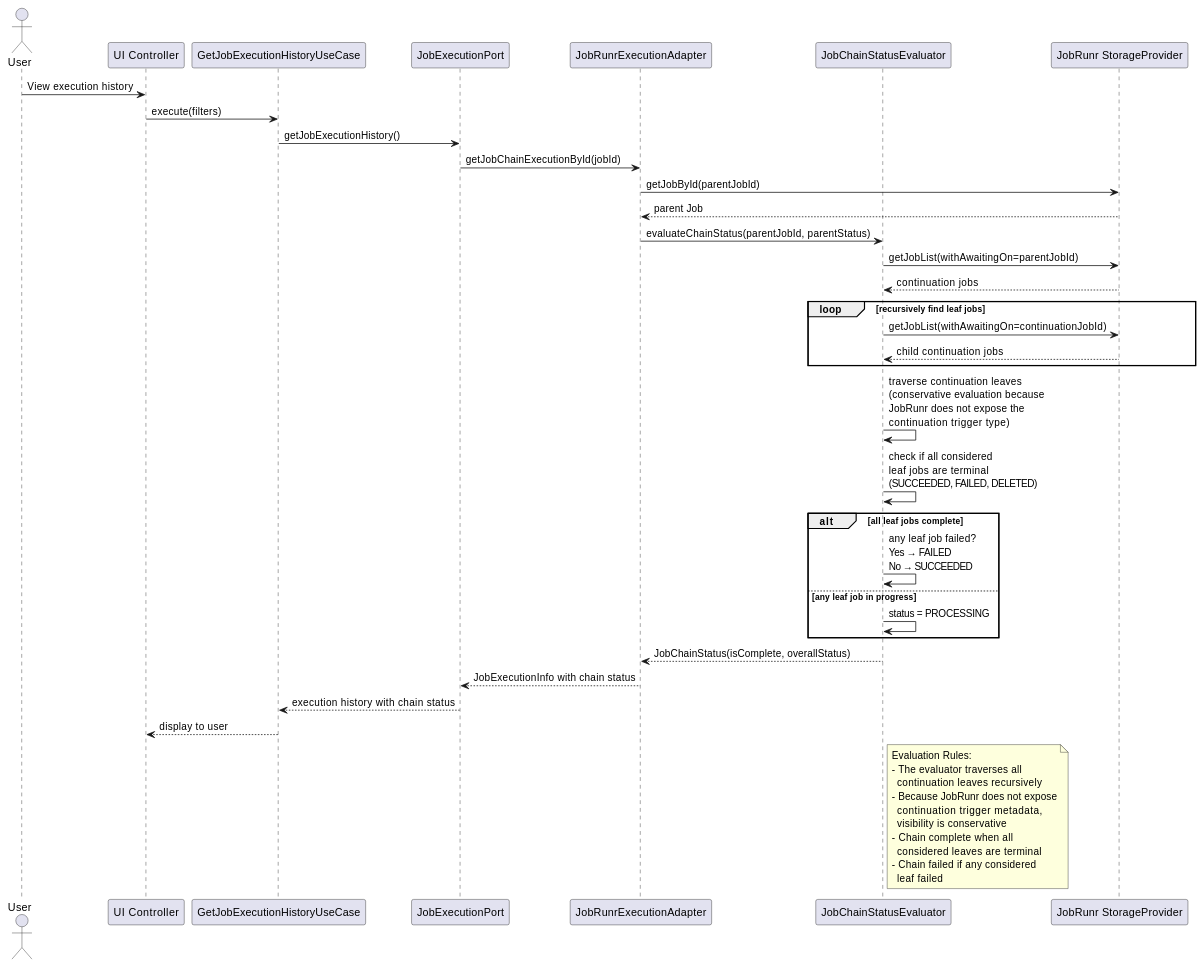
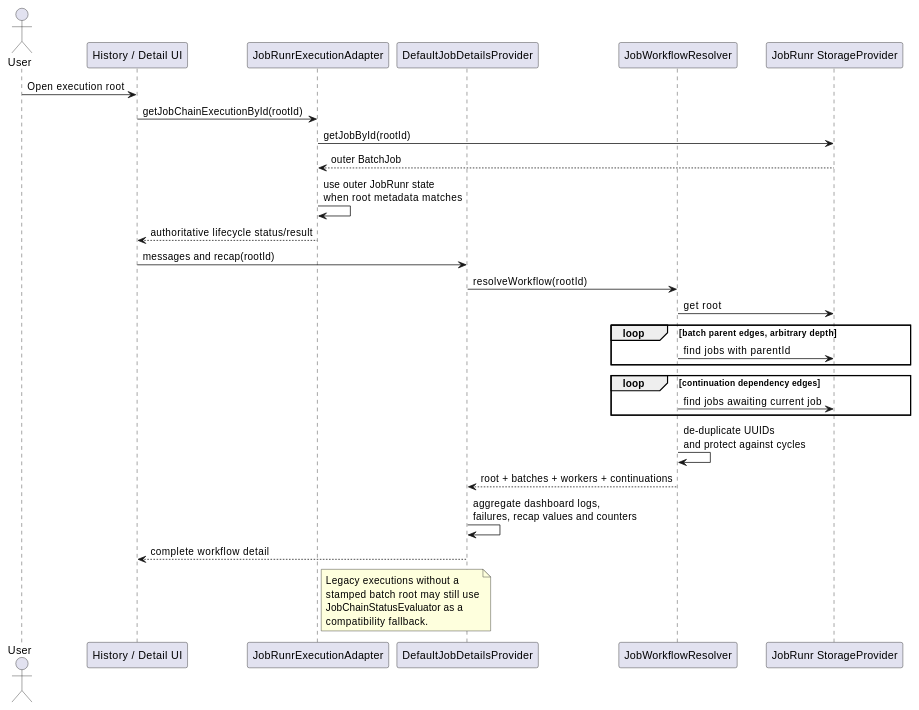
One commit to css-ch/jobrunr-control changed the seventh of 7 diagrams in docs/arc42.adoc. Above: the diagram before and after it, drawn with PlantUML. The commit also changed other lines of this file and 51 other files, not shown here.

```diff
--- a/docs/arc42.adoc
+++ b/docs/arc42.adoc
@@ -806,59 +862,39 @@
-[plantuml,job-chain-status,svg]
+[plantuml,batch-workflow-resolution,svg]
 ----
 @startuml
 actor User
-participant "UI Controller" as ui
-participant "GetJobExecutionHistoryUseCase" as usecase
-participant "JobExecutionPort" as port
-participant "JobRunrExecutionAdapter" as adapter
-participant "JobChainStatusEvaluator" as evaluator
+participant "History / Detail UI" as ui
+participant "JobRunrExecutionAdapter" as execution
+participant "DefaultJobDetailsProvider" as details
+participant "JobWorkflowResolver" as resolver
 participant "JobRunr StorageProvider" as storage
 
-User -> ui: View execution history
-ui -> usecase: execute(filters)
-usecase -> port: getJobExecutionHistory()
-port -> adapter: getJobChainExecutionById(jobId)
+User -> ui: Open execution root
+ui -> execution: getJobChainExecutionById(rootId)
+execution -> storage: getJobById(rootId)
+storage --> execution: outer BatchJob
+execution -> execution: use outer JobRunr state\nwhen root metadata matches
+execution --> ui: authoritative lifecycle status/result
 
-adapter -> storage: getJobById(parentJobId)
-storage --> adapter: parent Job
+ui -> details: messages and recap(rootId)
+details -> resolver: resolveWorkflow(rootId)
+resolver -> storage: get root
+loop batch parent edges, arbitrary depth
+    resolver -> storage: find jobs with parentId
+end
+loop continuation dependency edges
+    resolver -> storage: find jobs awaiting current job
+end
+resolver -> resolver: de-duplicate UUIDs\nand protect against cycles
+resolver --> details: root + batches + workers + continuations
+details -> details: aggregate dashboard logs,\nfailures, recap values and counters
+details --> ui: complete workflow detail
 
-adapter -> evaluator: evaluateChainStatus(parentJobId, parentStatus)
-
-evaluator -> storage: getJobList(withAwaitingOn=parentJobId)
-storage --> evaluator: continuation jobs
-
-loop recursively find leaf jobs
-    evaluator -> storage: getJobList(withAwaitingOn=continuationJobId)
-    storage --> evaluator: child continuation jobs
-end
-
-evaluator -> evaluator: traverse continuation leaves\n(conservative evaluation because\nJobRunr does not expose the\ncontinuation trigger type)
-
-evaluator -> evaluator: check if all considered\nleaf jobs are terminal\n(SUCCEEDED, FAILED, DELETED)
-
-alt all leaf jobs complete
-    evaluator -> evaluator: any leaf job failed?\nYes → FAILED\nNo → SUCCEEDED
-else any leaf job in progress
-    evaluator -> evaluator: status = PROCESSING
-end
-
-evaluator --> adapter: JobChainStatus(isComplete, overallStatus)
-adapter --> port: JobExecutionInfo with chain status
-port --> usecase: execution history with chain status
-usecase --> ui: display to user
-
-note right of evaluator
-  Evaluation Rules:
-  - The evaluator traverses all
-    continuation leaves recursively
-  - Because JobRunr does not expose
-    continuation trigger metadata,
-    visibility is conservative
-  - Chain complete when all
-    considered leaves are terminal
-  - Chain failed if any considered
-    leaf failed
+note right of execution
+  Legacy executions without a
+  stamped batch root may still use
+  JobChainStatusEvaluator as a
+  compatibility fallback.
 end note
-
 @enduml
 ----
```
